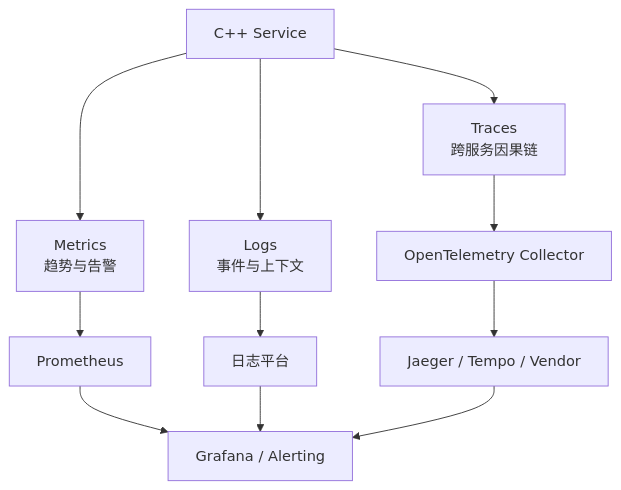
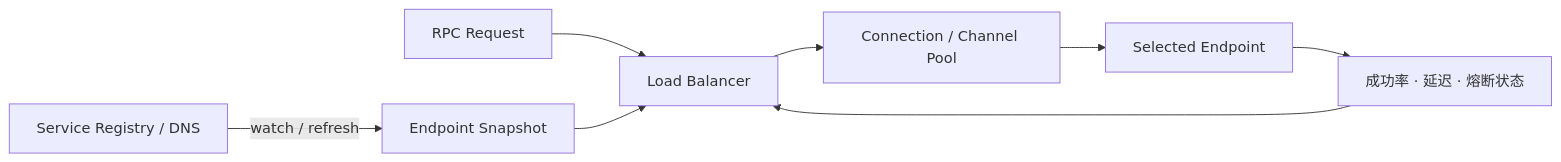
One commit to Fizgrad/fizgrad.github.io changed the seventh of 11 diagrams in blog/cpp_backend.md. Above: the diagram before and after it, drawn with Mermaid. The commit also changed other lines of this file and 1 other file, not shown here.

````diff
--- a/blog/cpp_backend.md
+++ b/blog/cpp_backend.md
@@ -1554,15 +1087,10 @@
 ```mermaid
-flowchart TB
-    S["C++ Service"] --> L["Logs<br/>事件与上下文"]
-    S --> M["Metrics<br/>趋势与告警"]
-    S --> T["Traces<br/>跨服务因果链"]
-
-    L --> P["日志平台"]
-    M --> PR["Prometheus"]
-    T --> OT["OpenTelemetry Collector"]
-
-    PR --> G["Grafana / Alerting"]
-    OT --> J["Jaeger / Tempo / Vendor"]
-    P --> G
-    J --> G
+flowchart LR
+    REGISTRY["Service Registry / DNS"] -->|"watch / refresh"| SNAPSHOT["Endpoint Snapshot"]
+    REQUEST["RPC Request"] --> LB["Load Balancer"]
+    SNAPSHOT --> LB
+    LB --> CHANNEL["Connection / Channel Pool"]
+    CHANNEL --> ENDPOINT["Selected Endpoint"]
+    ENDPOINT --> HEALTH["成功率 · 延迟 · 熔断状态"]
+    HEALTH --> LB
 ```
````
